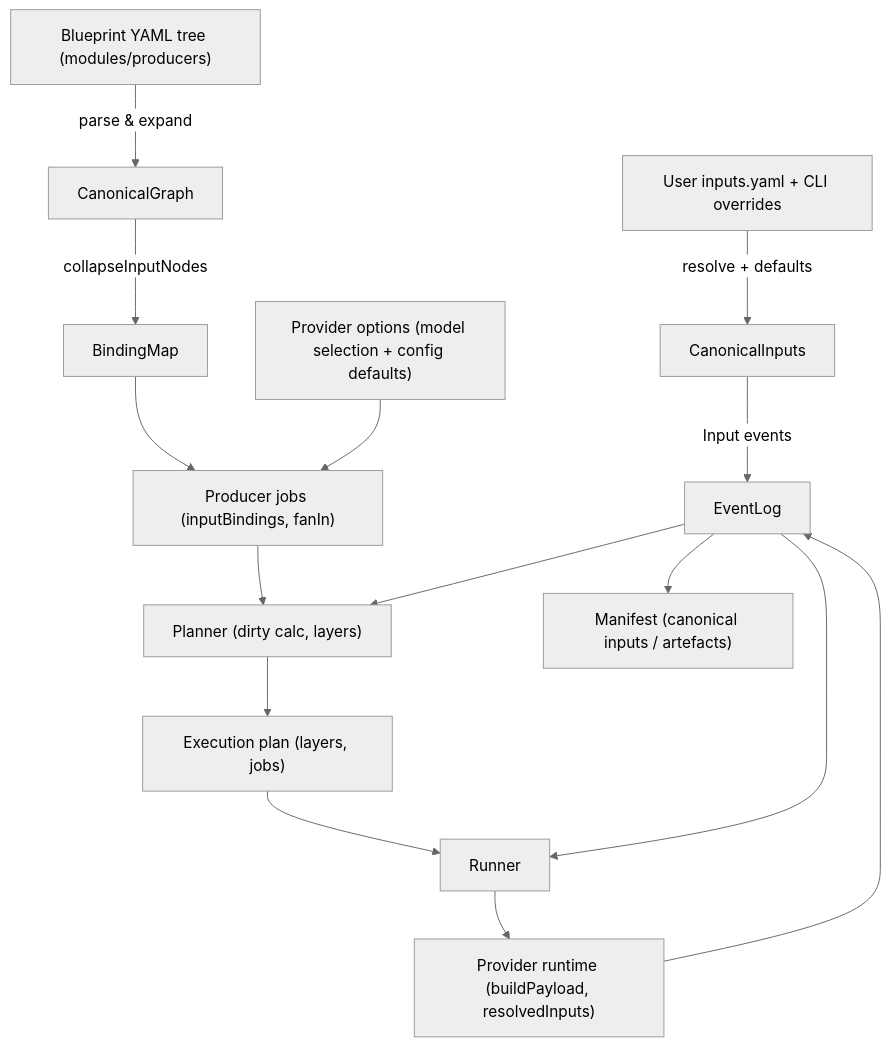
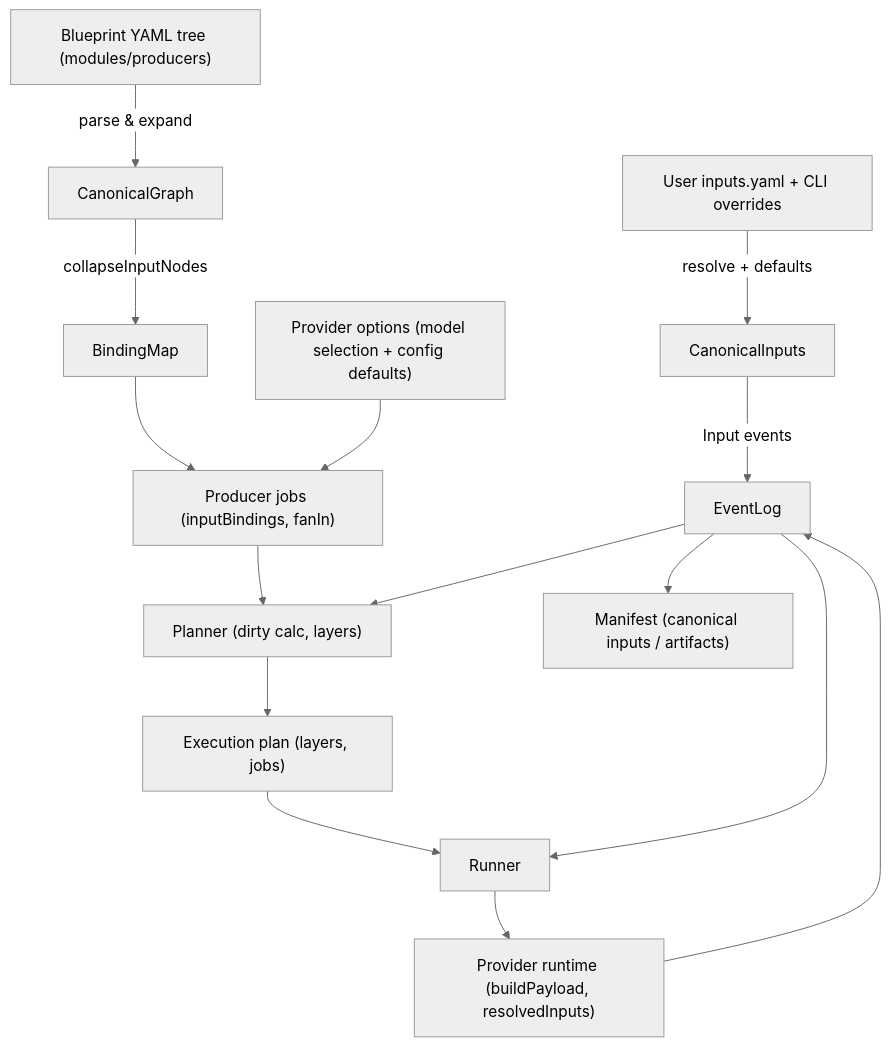
One commit to keremk/renku changed the diagram in docs/canonical-id-flow.md. Above: the diagram before and after it, drawn with Mermaid (neutral theme). The commit also changed other lines of this file and 333 other files, not shown here.

````diff
--- a/docs/canonical-id-flow.md
+++ b/docs/canonical-id-flow.md
@@ -5,17 +5,17 @@
 ```mermaid
 flowchart TD
   InputsYaml["User inputs.yaml + CLI overrides"] -->|resolve + defaults| CanonicalInputs
   Blueprint["Blueprint YAML tree (modules/producers)"] -->|parse & expand| CanonicalGraph
   CanonicalGraph -->|collapseInputNodes| BindingMap
   CanonicalInputs -->|Input events| EventLog
   BindingMap --> ProducerJobs["Producer jobs (inputBindings, fanIn)"]
   ProducerOptions["Provider options (model selection + config defaults)"] --> ProducerJobs
   ProducerJobs --> Planner["Planner (dirty calc, layers)"]
   EventLog --> Planner
   Planner --> Plan["Execution plan (layers, jobs)"]
   Plan --> Runner
   Runner --> ProviderRuntime["Provider runtime (buildPayload, resolvedInputs)"]
   EventLog --> Runner
   ProviderRuntime --> EventLog
-  EventLog --> Manifest["Manifest (canonical inputs / artefacts)"]
+  EventLog --> Manifest["Manifest (canonical inputs / artifacts)"]
 ```
````
